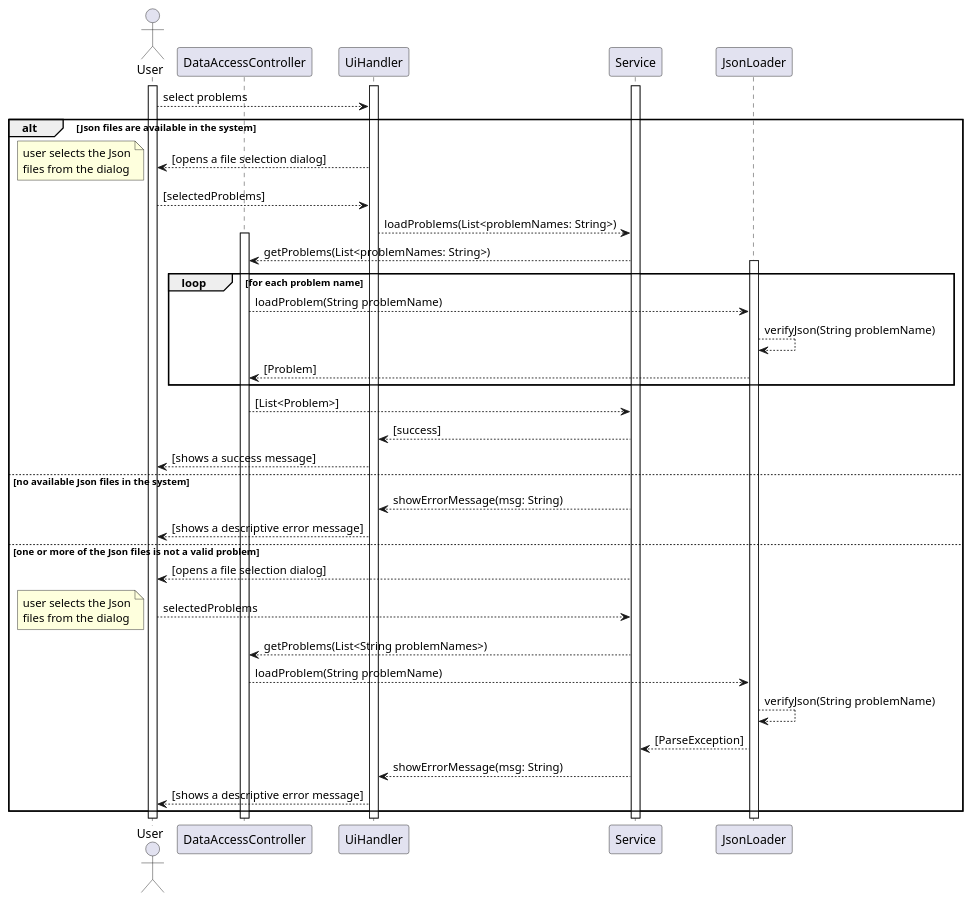
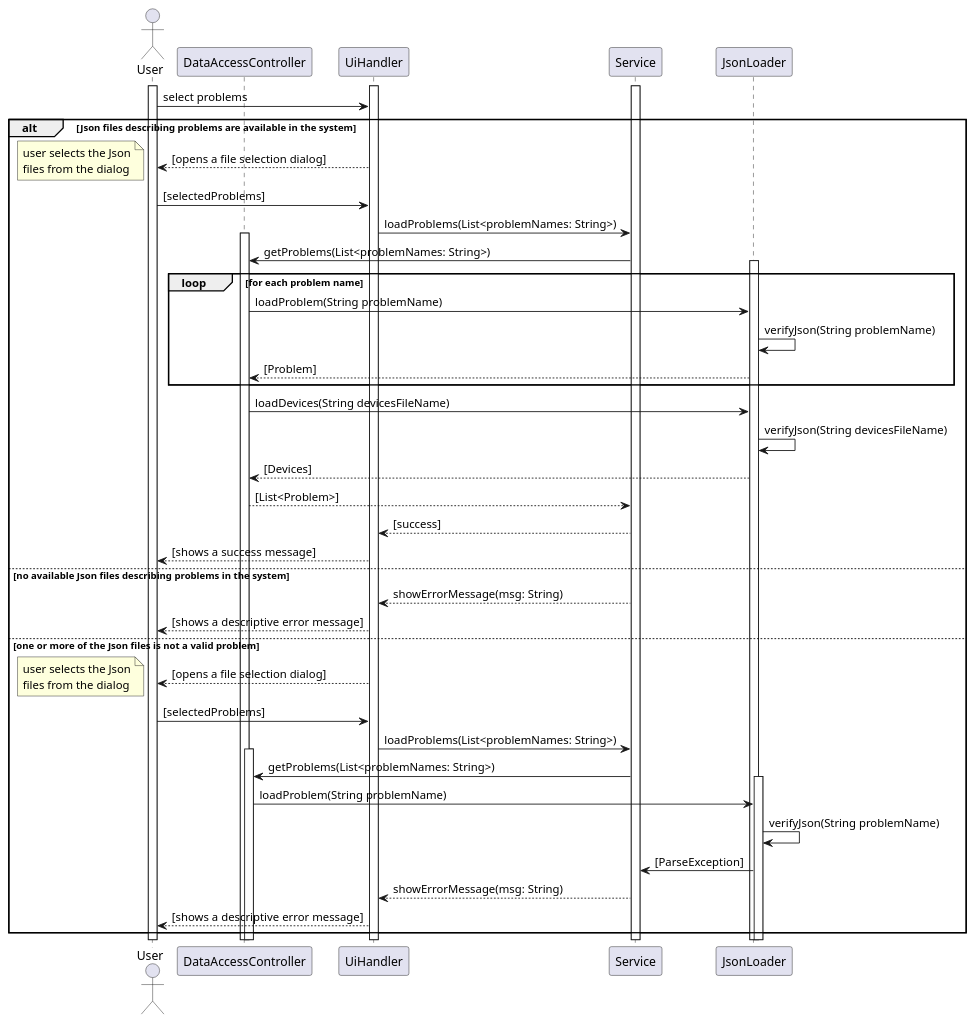
Before and after one commit to miamiHits/FinalProject: the diagram in Final/Docs/Diagrams/behaviour diagrams/scripts/dataChooseSeq.puml, drawn with PlantUML. The commit also changed 5 other files, not shown here.

Commit message:
the main sequence diagram for simulation run is ready some fixes for sequence diagrams of algo and problem selections

```diff
--- a/Final/Docs/Diagrams/behaviour diagrams/scripts/dataChooseSeq.puml
+++ b/Final/Docs/Diagrams/behaviour diagrams/scripts/dataChooseSeq.puml
@@ -1,59 +1,67 @@
 @startuml
 actor User as u
 participant DataAccessController as DAC
 
 activate u
 activate UiHandler
 activate Service
 
 
-u --> UiHandler : select problems
-alt Json files are available in the system
+u -> UiHandler : select problems
+alt Json files describing problems are available in the system
+
     UiHandler --> u : [opens a file selection dialog]
     note left
         user selects the Json
         files from the dialog
     end note
-    u --> UiHandler : [selectedProblems]
-    UiHandler --> Service : loadProblems(List<problemNames: String>)
-
+    u -> UiHandler : [selectedProblems]
+    UiHandler -> Service : loadProblems(List<problemNames: String>)
 
     activate DAC
-    Service --> DAC : getProblems(List<problemNames: String>)
+    Service -> DAC : getProblems(List<problemNames: String>)
 
     loop for each problem name
         activate JsonLoader
-        DAC --> JsonLoader : loadProblem(String problemName)
-        JsonLoader --> JsonLoader : verifyJson(String problemName)
+        DAC -> JsonLoader : loadProblem(String problemName)
+        JsonLoader -> JsonLoader : verifyJson(String problemName)
         JsonLoader --> DAC : [Problem]
     end
+
+    DAC -> JsonLoader : loadDevices(String devicesFileName)
+    JsonLoader -> JsonLoader : verifyJson(String devicesFileName)
+    JsonLoader --> DAC : [Devices]
 
     DAC -->Service : [List<Problem>]
     Service --> UiHandler : [success]
     UiHandler --> u : [shows a success message]
 
-else no available Json files in the system
+else no available Json files describing problems in the system
+
     Service --> UiHandler : showErrorMessage(msg: String)
     UiHandler --> u : [shows a descriptive error message]
 
 else one or more of the Json files is not a valid problem
-    Service --> u : [opens a file selection dialog]
-        u --> Service : selectedProblems
 
-        note left
-            user selects the Json
-            files from the dialog
-        end note
+    UiHandler --> u : [opens a file selection dialog]
+    note left
+        user selects the Json
+        files from the dialog
+    end note
+    u -> UiHandler : [selectedProblems]
+    UiHandler -> Service : loadProblems(List<problemNames: String>)
 
-        Service --> DAC : getProblems(List<String problemNames>)
+    activate DAC
+    Service -> DAC : getProblems(List<problemNames: String>)
 
-        DAC --> JsonLoader : loadProblem(String problemName)
-        JsonLoader --> JsonLoader : verifyJson(String problemName)
-        JsonLoader --> Service : [ParseException]
-        Service --> UiHandler : showErrorMessage(msg: String)
-        UiHandler --> u : [shows a descriptive error message]
+    activate JsonLoader
+    DAC -> JsonLoader : loadProblem(String problemName)
+    JsonLoader -> JsonLoader : verifyJson(String problemName)
+    JsonLoader -> Service : [ParseException]
+    Service --> UiHandler : showErrorMessage(msg: String)
+    UiHandler --> u : [shows a descriptive error message]
 end
 
 
 
 @enduml
```
